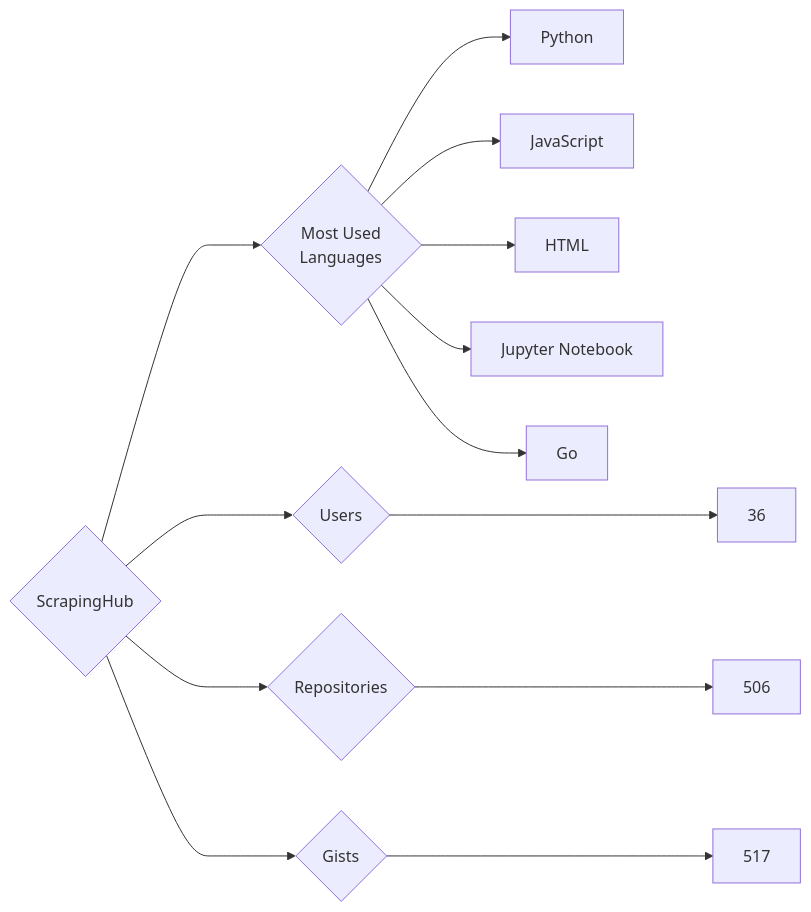
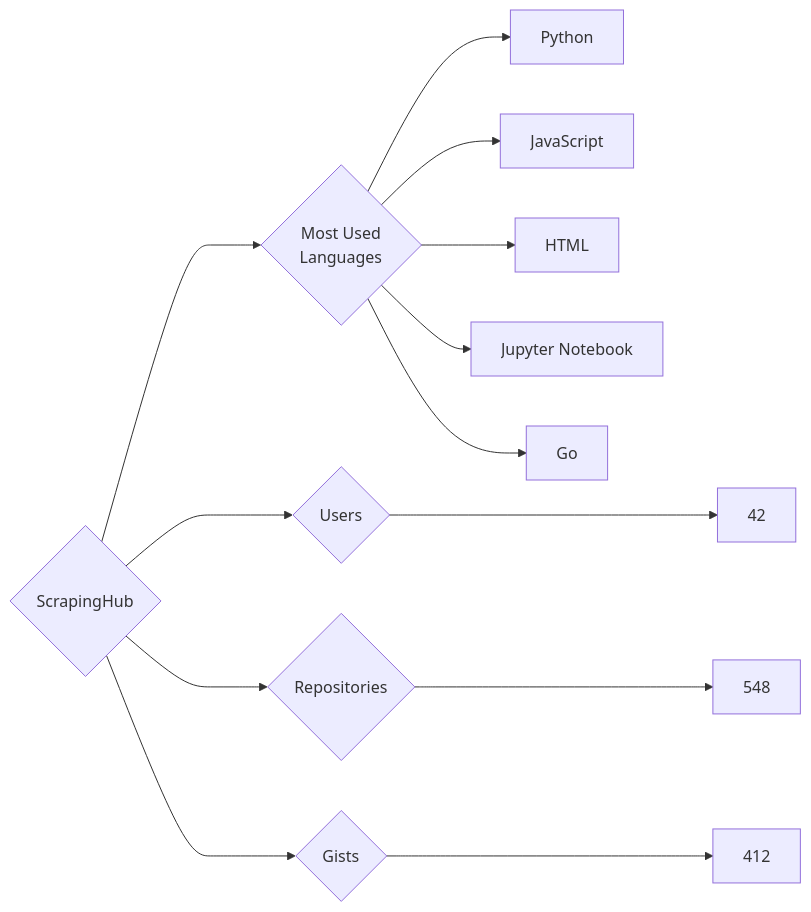
One commit to trickest/insiders changed the diagram in targets/ScrapingHub/README.md. Above: the diagram before and after it, drawn with Mermaid. The commit also changed 1011 other files, not shown here.

````diff
--- a/targets/ScrapingHub/README.md
+++ b/targets/ScrapingHub/README.md
@@ -3,13 +3,13 @@
 ```mermaid
 graph LR
 COMPANY_NAME{ScrapingHub}
-COMPANY_NAME ---> U{Users} ---> UN[36]
-COMPANY_NAME ---> R{Repositories} ---> RN[506]
-COMPANY_NAME ---> G{Gists} ---> GN[517]
+COMPANY_NAME ---> U{Users} ---> UN[42]
+COMPANY_NAME ---> R{Repositories} ---> RN[548]
+COMPANY_NAME ---> G{Gists} ---> GN[412]
 COMPANY_NAME ---> ML{Most Used<br>Languages}
 ML --> Python[Python]
 ML --> JavaScript[JavaScript]
 ML --> HTML[HTML]
 ML --> Jupyter_Notebook[Jupyter Notebook]
 ML --> Go[Go]
 ```
````
